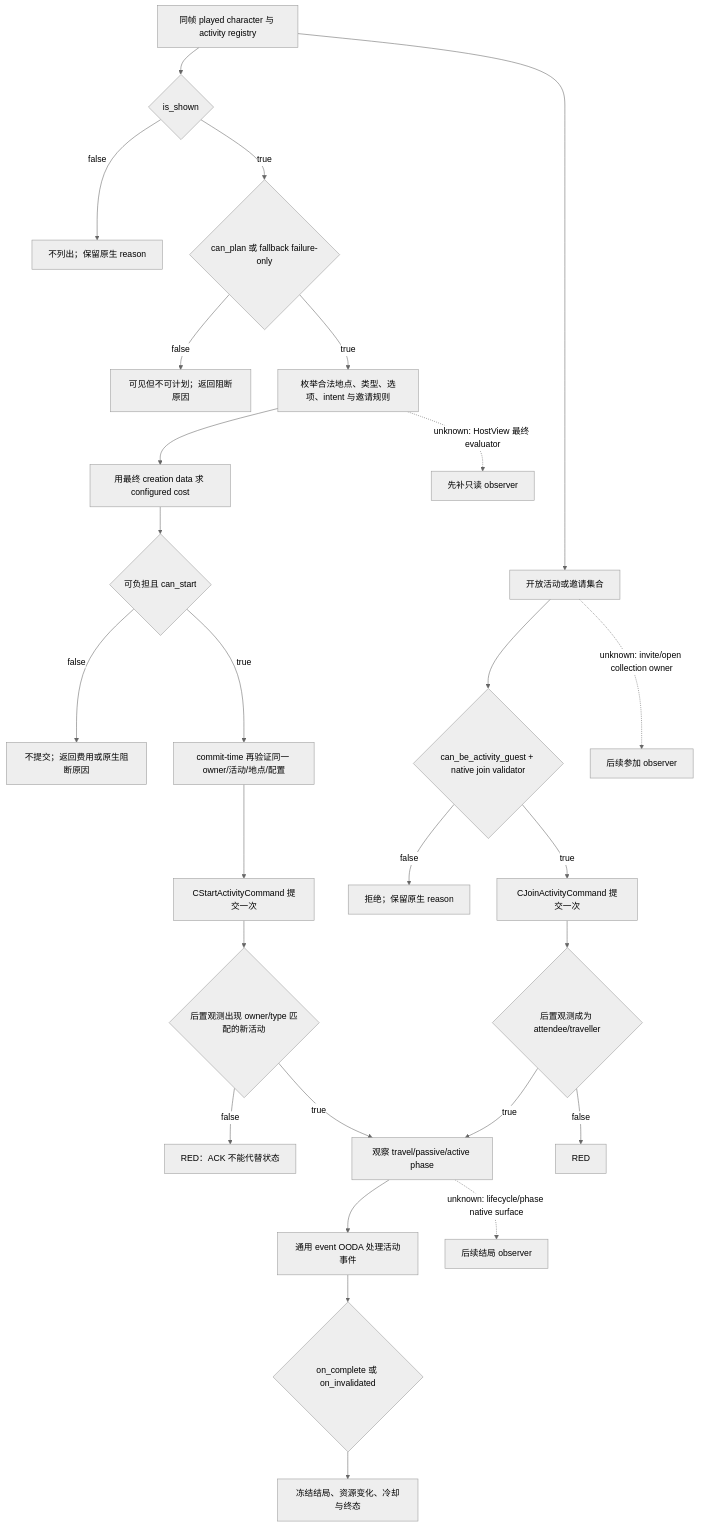
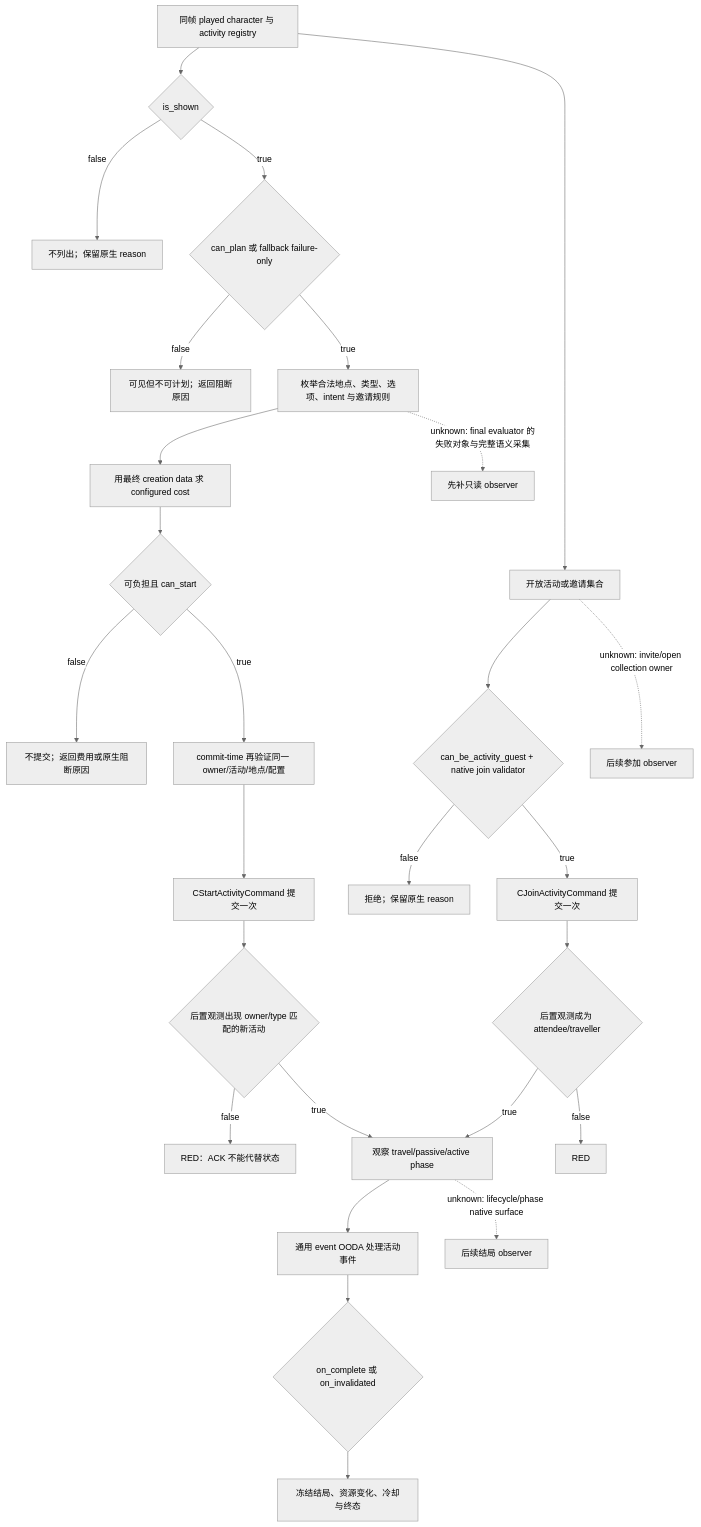
One commit to XenoAmess/ck3_eternal_recurrence changed the first of 2 diagrams in docs/ck3-native-ai/non-religious-activities.md. Above: the diagram before and after it, drawn with Mermaid (neutral theme). The commit also changed other lines of this file and 1 other file, not shown here.

Commit message:
NW-ACTIVITY-READER-C51 record final evaluator ABI gap

````diff
--- a/docs/ck3-native-ai/non-religious-activities.md
+++ b/docs/ck3-native-ai/non-religious-activities.md
@@ -62,31 +62,31 @@
 ```mermaid
 flowchart TD
     A[同帧 played character 与 activity registry] --> B{is_shown}
     B -- false --> X[不列出；保留原生 reason]
     B -- true --> C{can_plan 或 fallback failure-only}
     C -- false --> Y[可见但不可计划；返回阻断原因]
     C -- true --> D[枚举合法地点、类型、选项、intent 与邀请规则]
     D --> E[用最终 creation data 求 configured cost]
     E --> F{可负担且 can_start}
     F -- false --> Z[不提交；返回费用或原生阻断原因]
     F -- true --> G[commit-time 再验证同一 owner/活动/地点/配置]
     G --> H[CStartActivityCommand 提交一次]
     H --> I{后置观测出现 owner/type 匹配的新活动}
     I -- false --> R[RED：ACK 不能代替状态]
     I -- true --> J[观察 travel/passive/active phase]
     J --> K[通用 event OODA 处理活动事件]
     K --> L{on_complete 或 on_invalidated}
     L --> M[冻结结局、资源变化、冷却与终态]
 
     A --> N[开放活动或邀请集合]
     N --> O{can_be_activity_guest + native join validator}
     O -- false --> P[拒绝；保留原生 reason]
     O -- true --> Q[CJoinActivityCommand 提交一次]
     Q --> S{后置观测成为 attendee/traveller}
     S -- false --> T[RED]
     S -- true --> J
 
-    D -. unknown: HostView 最终 evaluator .-> U[先补只读 observer]
+    D -. unknown: final evaluator 的失败对象与完整语义采集 .-> U[先补只读 observer]
     N -. unknown: invite/open collection owner .-> V[后续参加 observer]
     J -. unknown: lifecycle/phase native surface .-> W[后续结局 observer]
 ```
````
